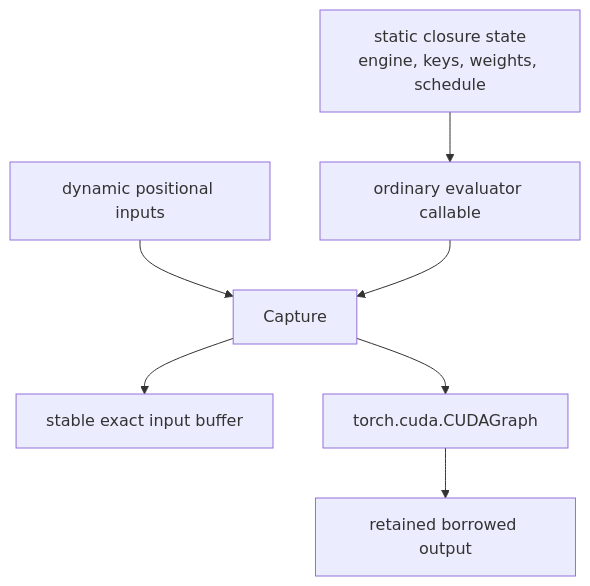
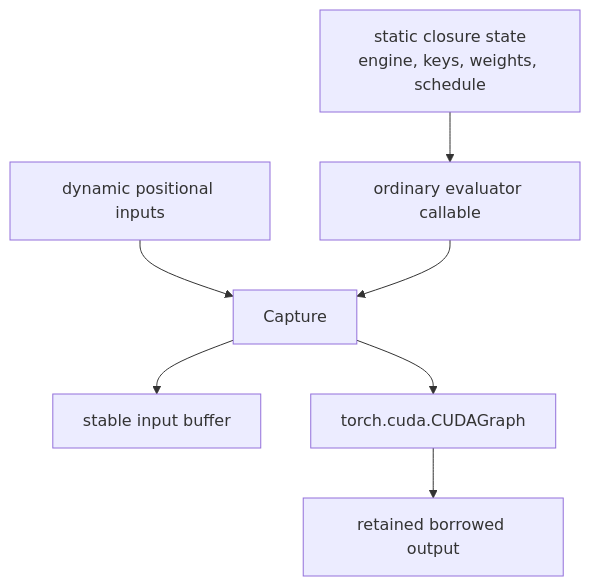
Before and after one commit to visualDust/fhelium: the first of 5 diagrams in docs/concepts/execution/cuda-graph-model.md, drawn with Mermaid. The commit also changed other lines of this file and 222 other files, not shown here.

````diff
--- a/docs/concepts/execution/cuda-graph-model.md
+++ b/docs/concepts/execution/cuda-graph-model.md
@@ -10,17 +10,17 @@
 ```mermaid
 graph TB
     F[ordinary evaluator callable]
     STATIC[static closure state<br/>engine, keys, weights, schedule]
     DYNAMIC[dynamic positional inputs]
     CAP[Capture]
-    BUFFER[stable exact input buffer]
+    BUFFER[stable input buffer]
     GRAPH[torch.cuda.CUDAGraph]
     OUTPUT[retained borrowed output]
 
     STATIC --> F
     DYNAMIC --> CAP
     F --> CAP
     CAP --> BUFFER
     CAP --> GRAPH
     GRAPH --> OUTPUT
 ```
````
